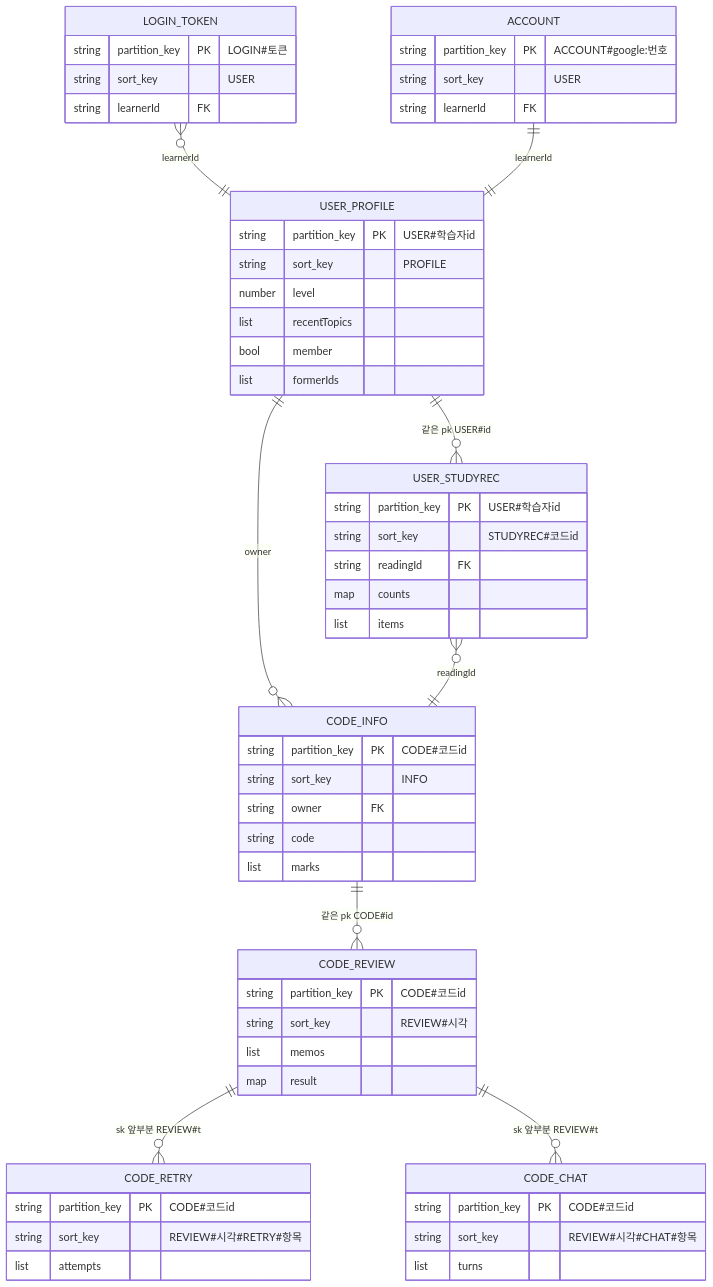
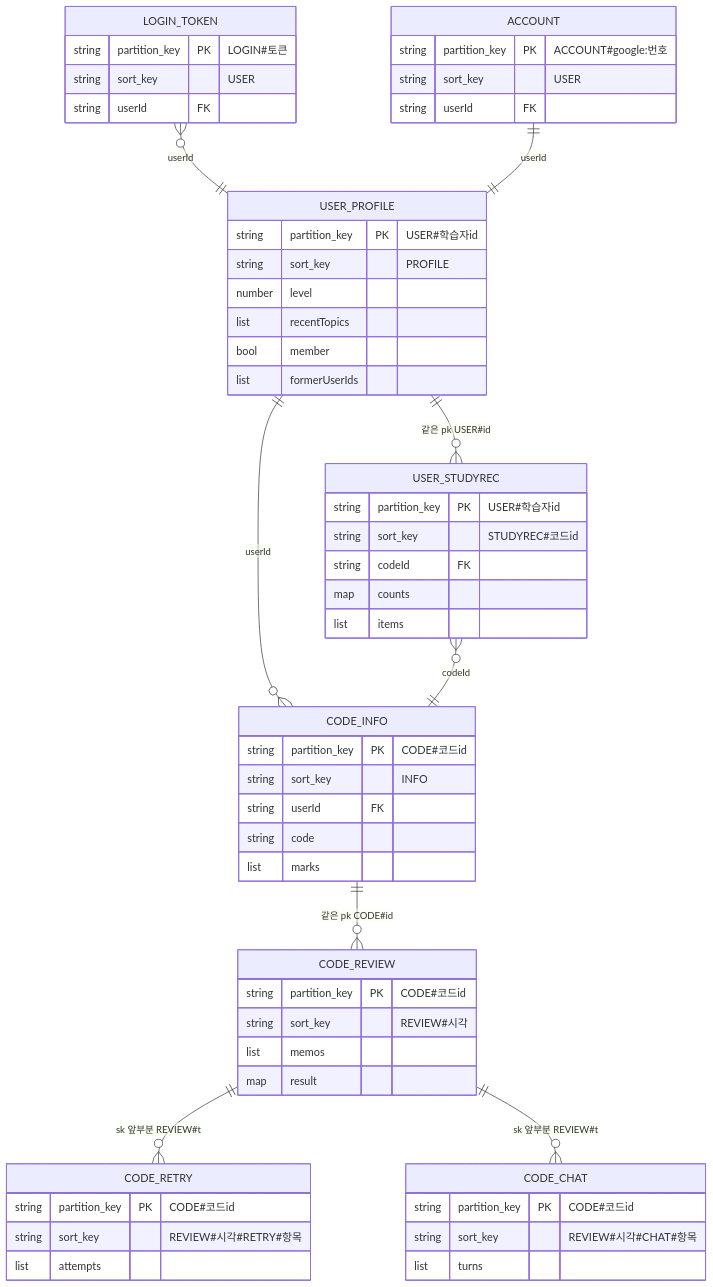
Before and after one commit to torgeleli22-lang/teamProject_night_first: the diagram in docs/DB_STRUCTURE.md, drawn with Mermaid. The commit also changed other lines of this file and 32 other files, not shown here.

First line of the commit message:
이름 통일: 사용자 = userId(USER#), 코드 = codeId(CODE#) + ERD 그림 다시 그리기

````diff
--- a/docs/DB_STRUCTURE.md
+++ b/docs/DB_STRUCTURE.md
@@ -93,60 +93,60 @@
 ```mermaid
 erDiagram
     USER_PROFILE ||--o{ USER_STUDYREC : "같은 pk USER#id"
-    USER_PROFILE ||--o{ CODE_INFO : "owner"
-    USER_STUDYREC }o--|| CODE_INFO : "readingId"
+    USER_PROFILE ||--o{ CODE_INFO : "userId"
+    USER_STUDYREC }o--|| CODE_INFO : "codeId"
     CODE_INFO ||--o{ CODE_REVIEW : "같은 pk CODE#id"
     CODE_REVIEW ||--o{ CODE_RETRY : "sk 앞부분 REVIEW#t"
     CODE_REVIEW ||--o{ CODE_CHAT : "sk 앞부분 REVIEW#t"
-    LOGIN_TOKEN }o--|| USER_PROFILE : "learnerId"
-    ACCOUNT ||--|| USER_PROFILE : "learnerId"
+    LOGIN_TOKEN }o--|| USER_PROFILE : "userId"
+    ACCOUNT ||--|| USER_PROFILE : "userId"
 
     USER_PROFILE {
         string partition_key PK "USER#학습자id"
         string sort_key "PROFILE"
         number level
         list recentTopics
         bool member
-        list formerIds
+        list formerUserIds
     }
     USER_STUDYREC {
         string partition_key PK "USER#학습자id"
         string sort_key "STUDYREC#코드id"
-        string readingId FK
+        string codeId FK
         map counts
         list items
     }
     CODE_INFO {
         string partition_key PK "CODE#코드id"
         string sort_key "INFO"
-        string owner FK
+        string userId FK
         string code
         list marks
     }
     CODE_REVIEW {
         string partition_key PK "CODE#코드id"
         string sort_key "REVIEW#시각"
         list memos
         map result
     }
     CODE_RETRY {
         string partition_key PK "CODE#코드id"
         string sort_key "REVIEW#시각#RETRY#항목"
         list attempts
     }
     CODE_CHAT {
         string partition_key PK "CODE#코드id"
         string sort_key "REVIEW#시각#CHAT#항목"
         list turns
     }
     LOGIN_TOKEN {
         string partition_key PK "LOGIN#토큰"
         string sort_key "USER"
-        string learnerId FK
+        string userId FK
     }
     ACCOUNT {
         string partition_key PK "ACCOUNT#google:번호"
         string sort_key "USER"
-        string learnerId FK
+        string userId FK
     }
 ```
````
